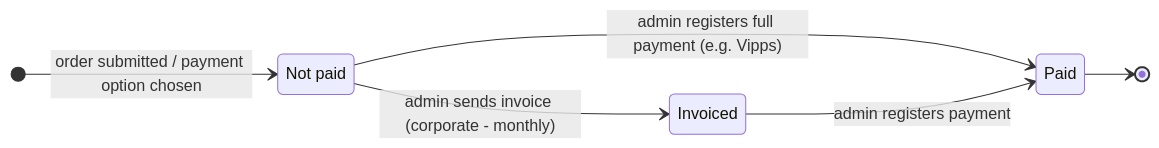
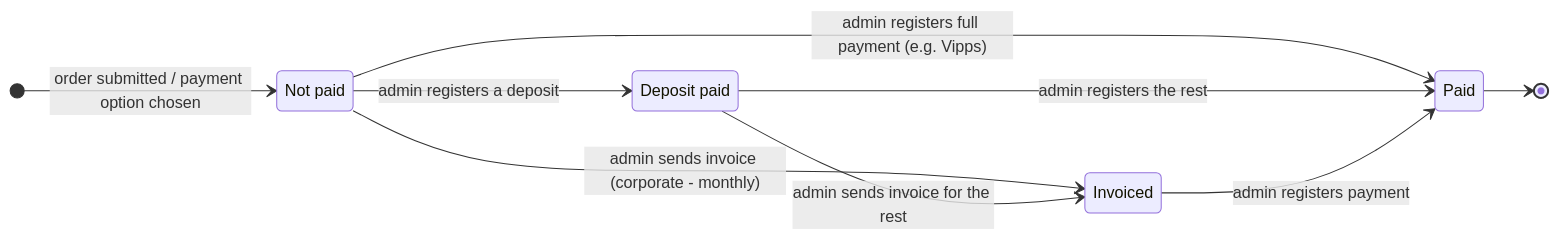
Before and after one commit to henrikmoepe-del/mat: the second of 2 diagrams in docs/diagrams/state_order.md, drawn with Mermaid. The commit also changed other lines of this file and 19 other files, not shown here.

First line of the commit message:
Add deposit-paid status, dish pictures and staff login link

````diff
--- a/docs/diagrams/state_order.md
+++ b/docs/diagrams/state_order.md
@@ -64,11 +64,15 @@
 ```mermaid
 stateDiagram-v2
     direction LR
     state "Not paid" as NotPaid
 
     [*] --> NotPaid : order submitted / payment option chosen
+    state "Deposit paid" as DepositPaid
+    NotPaid --> DepositPaid : admin registers a deposit
     NotPaid --> Invoiced : admin sends invoice (corporate - monthly)
     NotPaid --> Paid : admin registers full payment (e.g. Vipps)
+    DepositPaid --> Invoiced : admin sends invoice for the rest
+    DepositPaid --> Paid : admin registers the rest
     Invoiced --> Paid : admin registers payment
     Paid --> [*]
 ```
````
